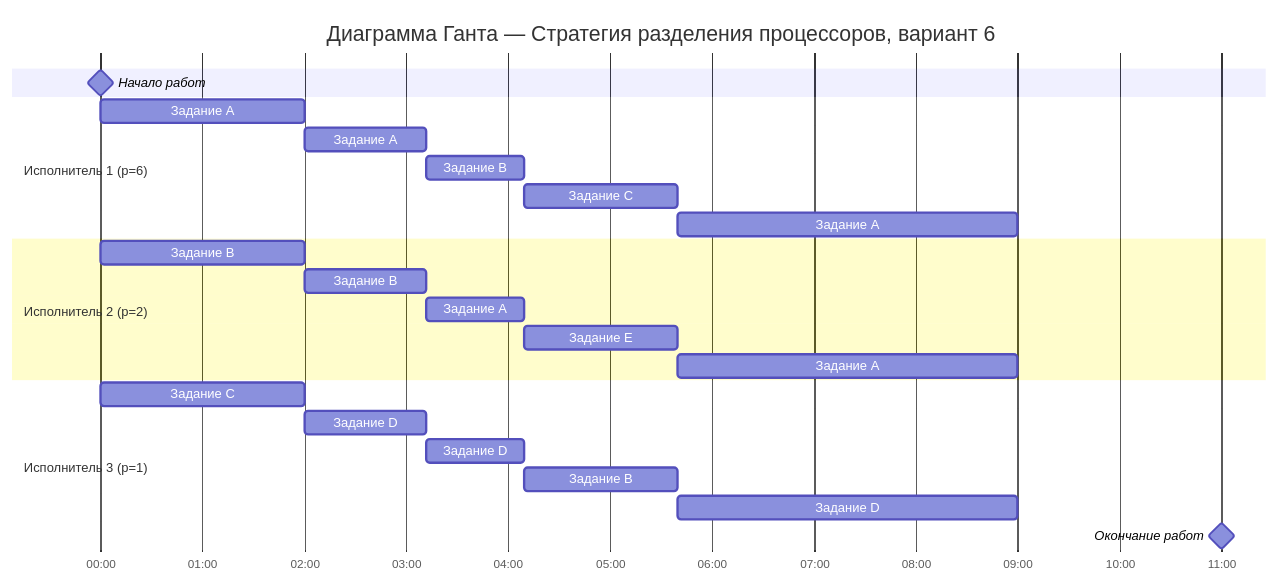
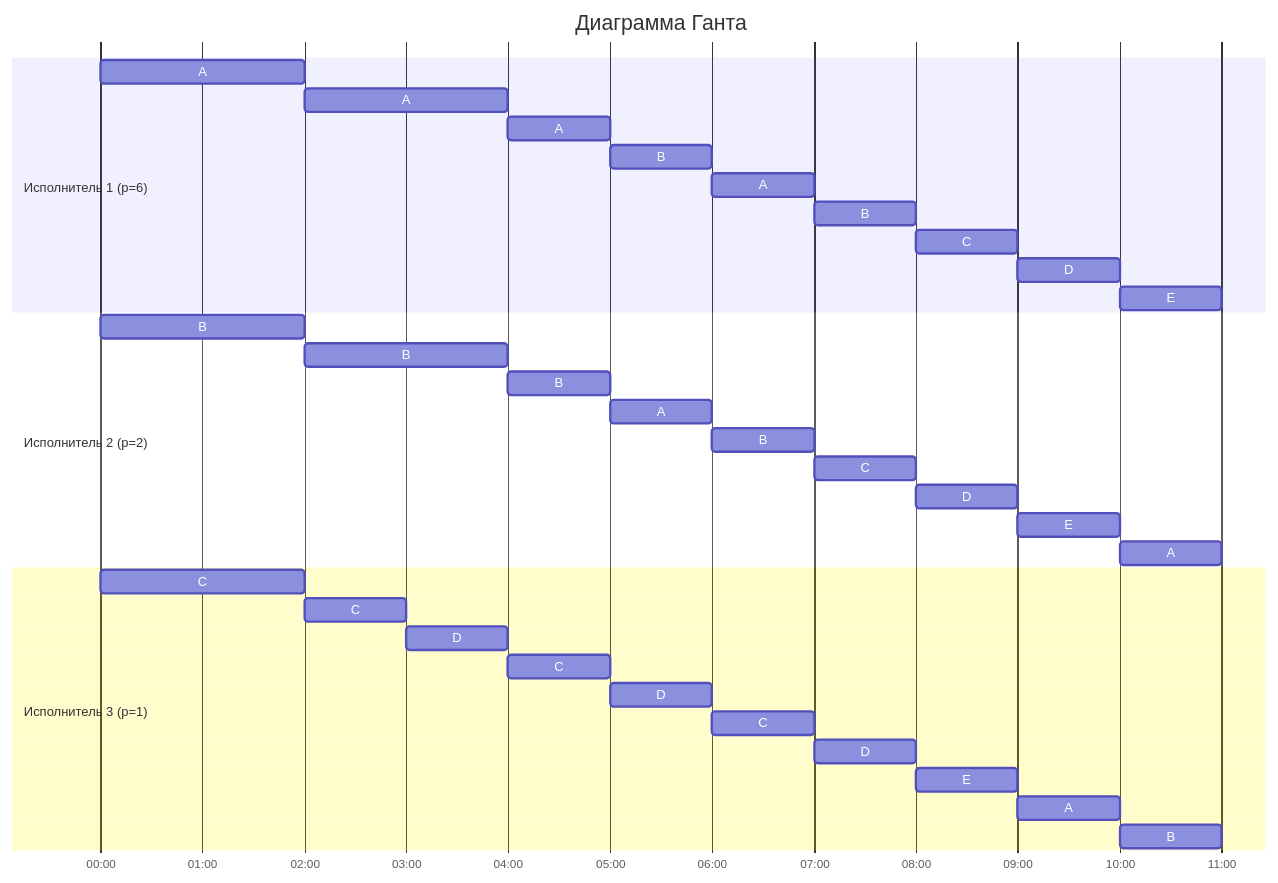
The diagram in Задание 12/MergeSort.md (hse-algo-psapr-25/manual-tasks), drawn with Mermaid before and after one commit. The commit also changed other lines of this file, not shown here.

````diff
--- a/Задание 12/MergeSort.md
+++ b/Задание 12/MergeSort.md
@@ -256,32 +178,41 @@
 ```mermaid
 gantt
-    title Диаграмма Ганта — Стратегия разделения процессоров, вариант 6
+    title Диаграмма Ганта
     dateFormat  HH:mm
     axisFormat  %H:%M
     todayMarker off
 
-    Начало работ : milestone, m1, 00:00, 0h
-
     section Исполнитель 1 (p=6)
-    Задание A :a1, 00:00, 2h
-    Задание A :a2, after a1, 1.2h
-    Задание B :a3, after a2, 0.96h
-    Задание C :a4, after a3, 1.5h
-    Задание A :a5, after a4, 3.34h
+    A :00:00, 2h
+    A :02:00, 2h
+    A :04:00, 1h
+    B :05:00, 1h
+    A :06:00, 1h
+    B :07:00, 1h
+    C :08:00, 1h
+    D :09:00, 1h
+    E :10:00, 1h
 
     section Исполнитель 2 (p=2)
-    Задание B :b1, 00:00, 2h
-    Задание B :b2, after b1, 1.2h
-    Задание A :b3, after b2, 0.96h
-    Задание E :b4, after b3, 1.5h
-    Задание A :b5, after b4, 3.34h
+    B :00:00, 2h
+    B :02:00, 2h
+    B :04:00, 1h
+    A :05:00, 1h
+    B :06:00, 1h
+    C :07:00, 1h
+    D :08:00, 1h
+    E :09:00, 1h
+    A :10:00, 1h
 
     section Исполнитель 3 (p=1)
-    Задание C :c1, 00:00, 2h
-    Задание D :c2, after c1, 1.2h
-    Задание D :c3, after c2, 0.96h
-    Задание B :c4, after c3, 1.5h
-    Задание D :c5, after c4, 3.34h
-
-    Окончание работ : milestone, m2, 11:00, 0h
+    C :00:00, 2h
+    C :02:00, 1h
+    D :03:00, 1h
+    C :04:00, 1h
+    D :05:00, 1h
+    C :06:00, 1h
+    D :07:00, 1h
+    E :08:00, 1h
+    A :09:00, 1h
+    B :10:00, 1h
 ```
````
